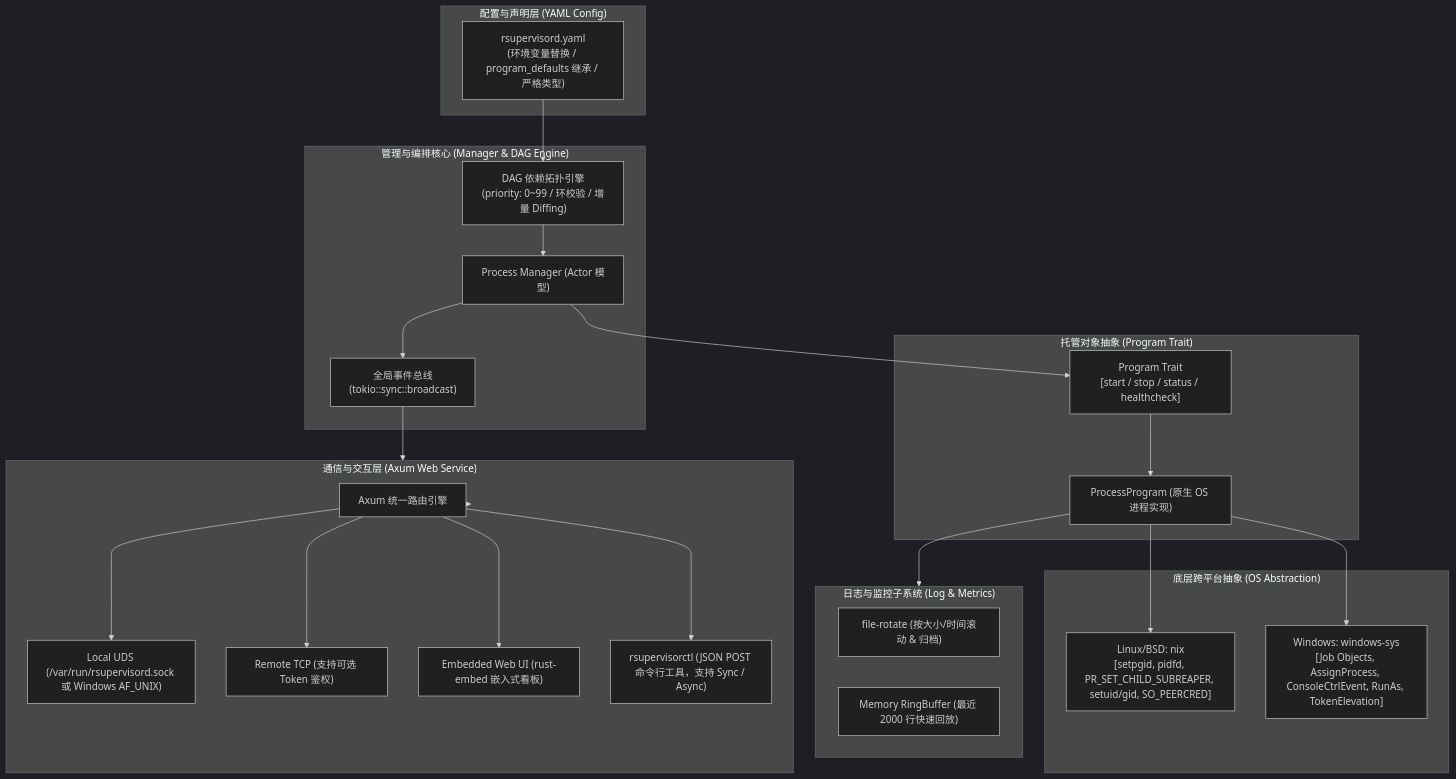
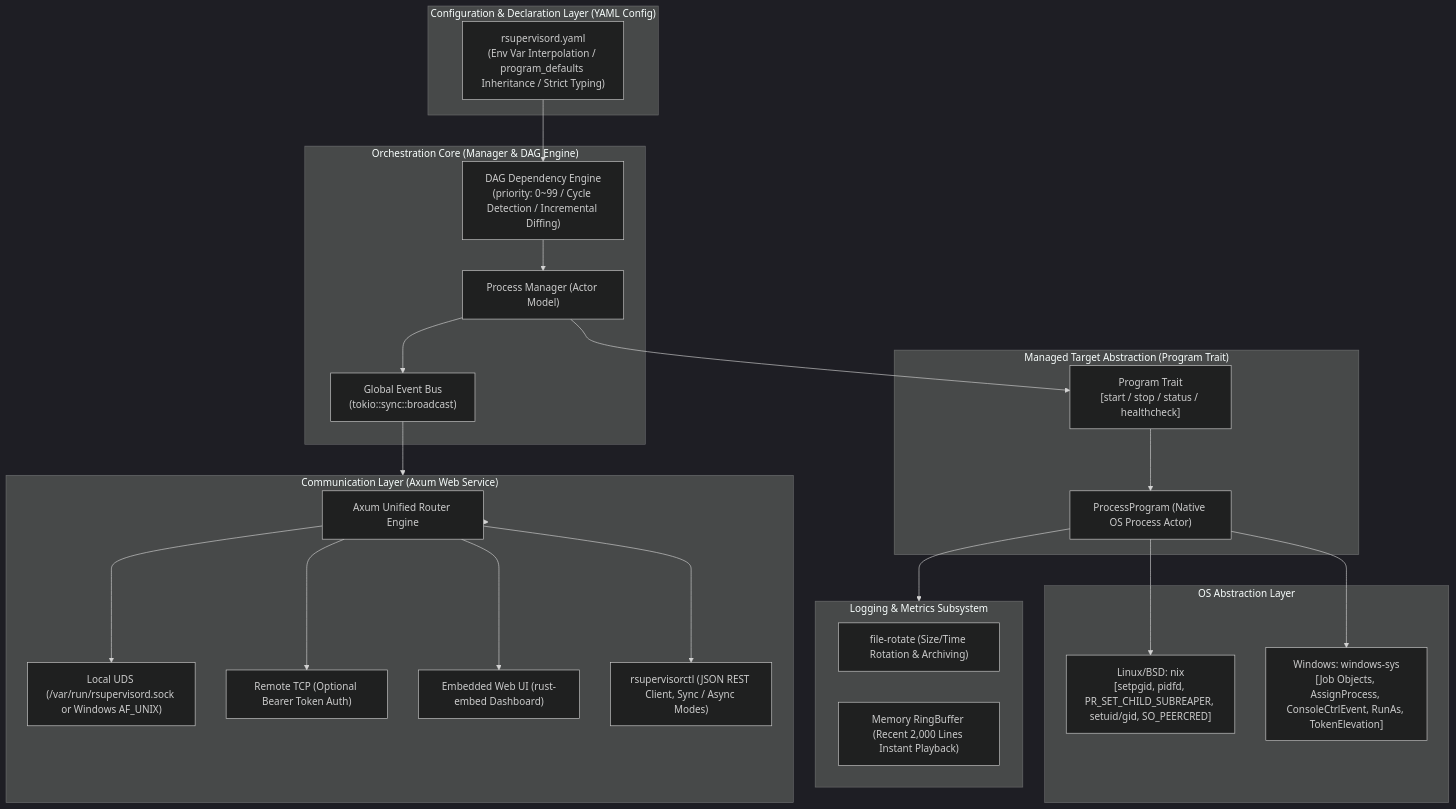
Before and after one commit to spritetong/rsupervisord: the diagram in docs/PRD.md, drawn with Mermaid (dark theme). The commit also changed other lines of this file and 21 other files, not shown here.

````diff
--- a/docs/PRD.md
+++ b/docs/PRD.md
@@ -28,49 +34,49 @@
 ```mermaid
 flowchart TD
-    subgraph ConfigLayer ["配置与声明层 (YAML Config)"]
-        YAML["rsupervisord.yaml\n(环境变量替换 / program_defaults 继承 / 严格类型)"]
+    subgraph ConfigLayer ["Configuration & Declaration Layer (YAML Config)"]
+        YAML["rsupervisord.yaml\n(Env Var Interpolation / program_defaults Inheritance / Strict Typing)"]
     end
 
-    subgraph ManagerLayer ["管理与编排核心 (Manager & DAG Engine)"]
-        DAG["DAG 依赖拓扑引擎\n(priority: 0~99 / 环校验 / 增量 Diffing)"]
-        Supervisor["Process Manager (Actor 模型)"]
-        EventBus["全局事件总线\n(tokio::sync::broadcast)"]
+    subgraph ManagerLayer ["Orchestration Core (Manager & DAG Engine)"]
+        DAG["DAG Dependency Engine\n(priority: 0~99 / Cycle Detection / Incremental Diffing)"]
+        Supervisor["Process Manager (Actor Model)"]
+        EventBus["Global Event Bus\n(tokio::sync::broadcast)"]
     end
 
-    subgraph ProgramTraitLayer ["托管对象抽象 (Program Trait)"]
+    subgraph ProgramTraitLayer ["Managed Target Abstraction (Program Trait)"]
         Trait["Program Trait\n[start / stop / status / healthcheck]"]
-        ProcessProgram["ProcessProgram (原生 OS 进程实现)"]
+        ProcessProgram["ProcessProgram (Native OS Process Actor)"]
     end
 
-    subgraph PlatformLayer ["底层跨平台抽象 (OS Abstraction)"]
+    subgraph PlatformLayer ["OS Abstraction Layer"]
         PosixBackend["Linux/BSD: nix\n[setpgid, pidfd, PR_SET_CHILD_SUBREAPER, setuid/gid, SO_PEERCRED]"]
         WinBackend["Windows: windows-sys\n[Job Objects, AssignProcess, ConsoleCtrlEvent, RunAs, TokenElevation]"]
     end
 
-    subgraph LoggingLayer ["日志与监控子系统 (Log & Metrics)"]
-        Rotate["file-rotate (按大小/时间滚动 & 归档)"]
-        RingBuf["Memory RingBuffer (最近 2000 行快速回放)"]
+    subgraph LoggingLayer ["Logging & Metrics Subsystem"]
+        Rotate["file-rotate (Size/Time Rotation & Archiving)"]
+        RingBuf["Memory RingBuffer (Recent 2,000 Lines Instant Playback)"]
     end
 
-    subgraph CommunicationLayer ["通信与交互层 (Axum Web Service)"]
-        Endpoints["Axum 统一路由引擎"]
-        UDS["Local UDS (/var/run/rsupervisord.sock 或 Windows AF_UNIX)"]
-        TCP["Remote TCP (支持可选 Token 鉴权)"]
-        WebUI["Embedded Web UI (rust-embed 嵌入式看板)"]
-        CLI["rsupervisorctl (JSON POST 命令行工具，支持 Sync / Async)"]
+    subgraph CommunicationLayer ["Communication Layer (Axum Web Service)"]
+        Endpoints["Axum Unified Router Engine"]
+        UDS["Local UDS (/var/run/rsupervisord.sock or Windows AF_UNIX)"]
+        TCP["Remote TCP (Optional Bearer Token Auth)"]
+        WebUI["Embedded Web UI (rust-embed Dashboard)"]
+        CLI["rsupervisorctl (JSON REST Client, Sync / Async Modes)"]
     end
 
     YAML --> DAG --> Supervisor
     Supervisor --> Trait
     Trait --> ProcessProgram
     ProcessProgram --> PosixBackend
     ProcessProgram --> WinBackend
     ProcessProgram --> LoggingLayer
     Supervisor --> EventBus
     EventBus --> CommunicationLayer
     CommunicationLayer --> Endpoints
     Endpoints --> UDS
     Endpoints --> TCP
     Endpoints --> WebUI
     Endpoints --> CLI
 ```
````
